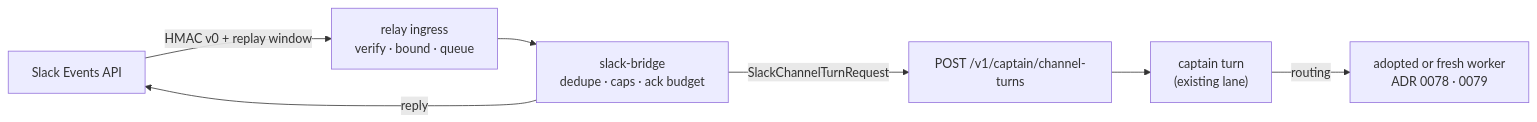
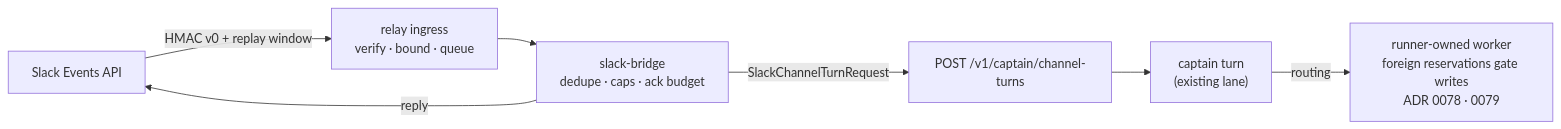
The diagram in docs/adr/0080-slack-is-a-channel-not-a-second-captain.md (Volpestyle/clankie), drawn with Mermaid before and after one commit. The commit also changed other lines of this file and 33 other files, not shown here.

````diff
--- a/docs/adr/0080-slack-is-a-channel-not-a-second-captain.md
+++ b/docs/adr/0080-slack-is-a-channel-not-a-second-captain.md
@@ -38,9 +38,9 @@
 ```mermaid
 flowchart LR
   S[Slack Events API] -->|HMAC v0 + replay window| RL["relay ingress<br/>verify · bound · queue"]
   RL --> BR["slack-bridge<br/>dedupe · caps · ack budget"]
   BR -->|SlackChannelTurnRequest| CP["POST /v1/captain/channel-turns"]
   CP --> EV["captain turn<br/>(existing lane)"]
-  EV -->|routing| A["adopted or fresh worker<br/>ADR 0078 · 0079"]
+  EV -->|routing| A["runner-owned worker<br/>foreign reservations gate writes<br/>ADR 0078 · 0079"]
   BR -->|reply| S
 ```
````
